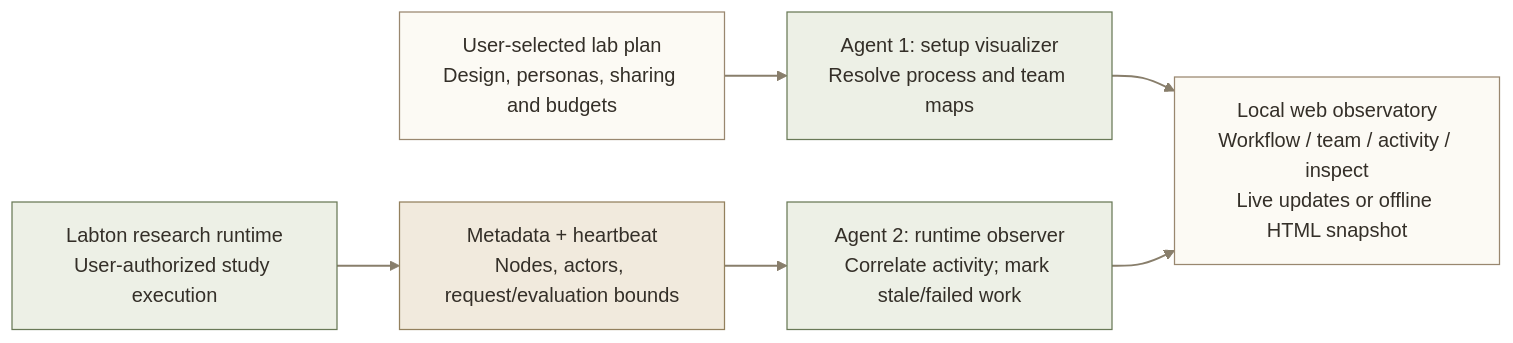
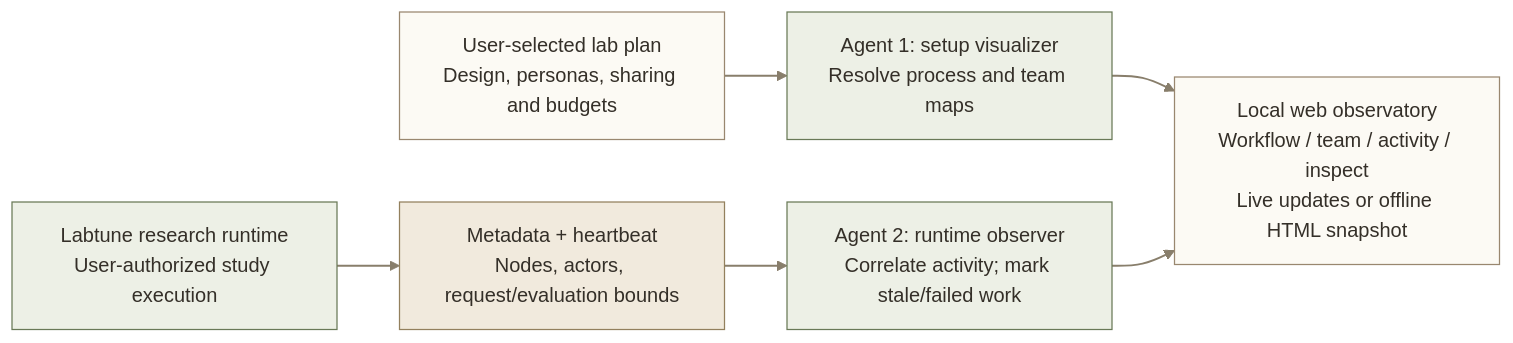
The diagram in diagrams/10-lab-observatory.mmd (JeranRolevs/labton), drawn with Mermaid before and after one commit. The commit also changed 238 other files, not shown here.

```diff
--- a/diagrams/10-lab-observatory.mmd
+++ b/diagrams/10-lab-observatory.mmd
@@ -1,23 +1,23 @@
 %% Generated from specs.py; 2026-10-31. Current runtime; gray nodes are planned.
 flowchart LR
     plan["User-selected lab plan<br/>Design, personas, sharing and budgets"]
     setup["Agent 1: setup visualizer<br/>Resolve process and team maps"]
     page["Local web observatory<br/>Workflow / team / activity / inspect<br/>Live updates or offline HTML snapshot"]
-    runner["Labton research runtime<br/>User-authorized study execution"]
+    runner["Labtune research runtime<br/>User-authorized study execution"]
     activity["Metadata + heartbeat<br/>Nodes, actors, request/evaluation bounds"]
     observer["Agent 2: runtime observer<br/>Correlate activity; mark stale/failed work"]
     plan --> setup
     setup --> page
     runner --> activity
     activity --> observer
     observer --> page
     classDef artifact fill:#FCFAF4,stroke:#99876F,color:#342F28;
     class plan,page artifact;
     classDef llm fill:#E9EEEE,stroke:#5B7580,color:#342F28;
     classDef code fill:#EDF0E6,stroke:#697957,color:#342F28;
     class setup,runner,observer code;
     classDef evidence fill:#F1EADD,stroke:#93805D,color:#342F28;
     class activity evidence;
     classDef optional fill:#F6EDDC,stroke:#9A7440,color:#342F28;
     classDef future fill:#EEEDE8,stroke:#999389,color:#342F28;
     linkStyle default stroke:#887E6B,stroke-width:1.5px;
```
